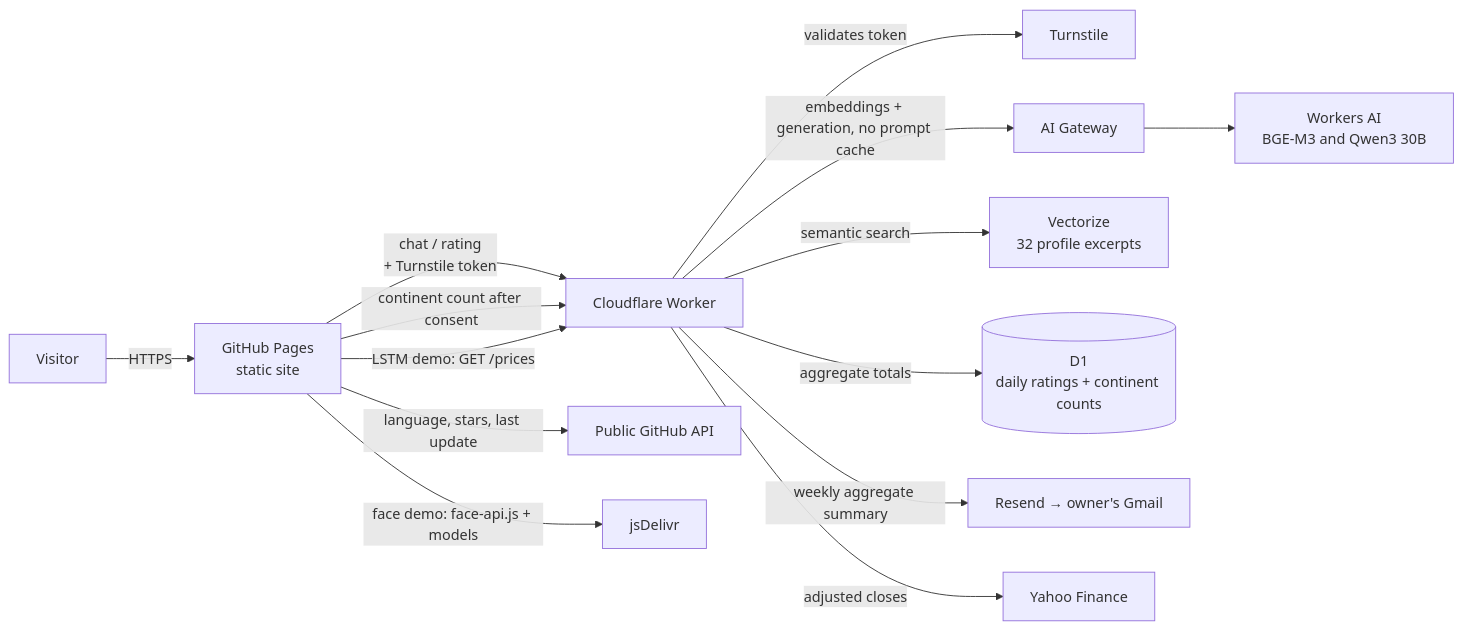
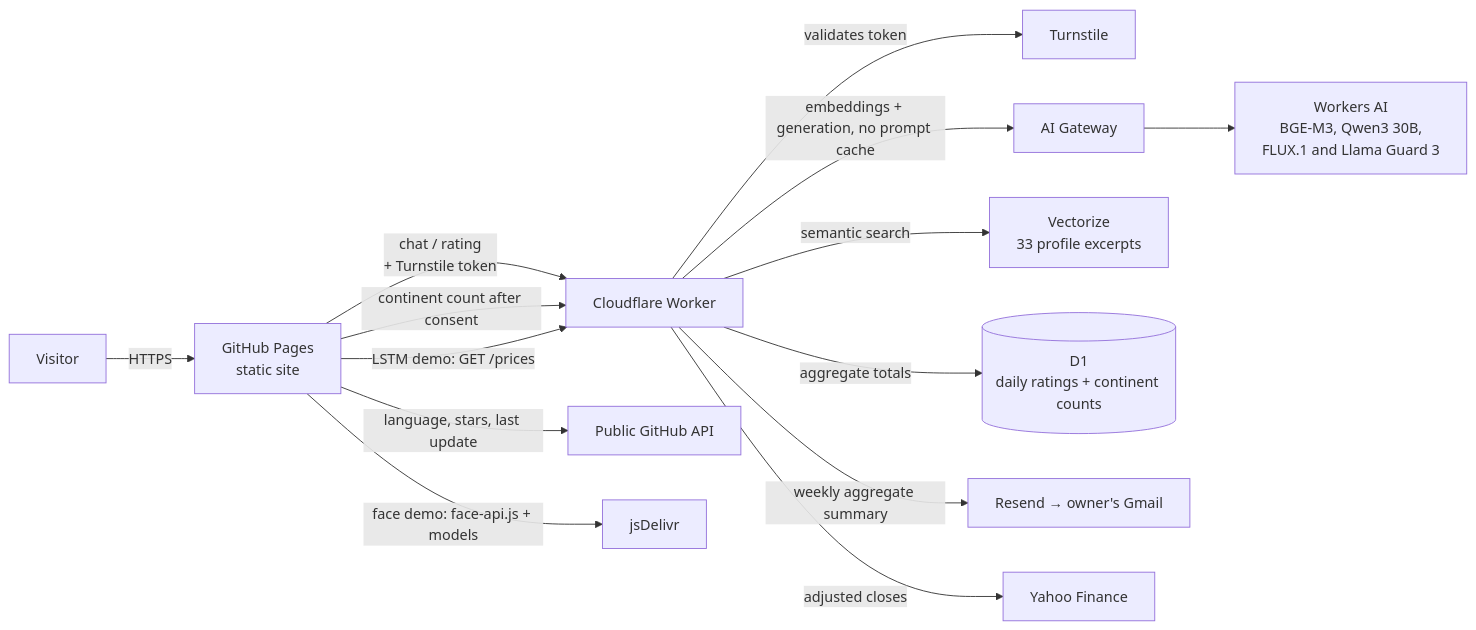
Before and after one commit to emanueleborges/emanueleborges.github.io: the diagram in README.md, drawn with Mermaid. The commit also changed other lines of this file and 28 other files, not shown here.

First line of the commit message:
Adiciona gerador de imagens, métricas no hero e nos cards e novo diagrama

````diff
--- a/README.md
+++ b/README.md
@@ -65,16 +66,16 @@
 ```mermaid
 flowchart LR
   V[Visitor] -->|HTTPS| GP[GitHub Pages<br/>static site]
   GP -->|chat / rating<br/>+ Turnstile token| W[Cloudflare Worker]
   W -->|validates token| TS[Turnstile]
   W -->|embeddings + generation, no prompt cache| GW[AI Gateway]
-  GW --> AI[Workers AI<br/>BGE-M3 and Qwen3 30B]
-  W -->|semantic search| VZ[Vectorize<br/>32 profile excerpts]
+  GW --> AI[Workers AI<br/>BGE-M3, Qwen3 30B,<br/>FLUX.1 and Llama Guard 3]
+  W -->|semantic search| VZ[Vectorize<br/>33 profile excerpts]
   W -->|aggregate totals| D1[(D1<br/>daily ratings + continent counts)]
   W -->|weekly aggregate summary| RS[Resend → owner's Gmail]
   GP -->|continent count after consent| W
   GP -->|language, stars, last update| GH[Public GitHub API]
   GP -->|LSTM demo: GET /prices| W
   W -->|adjusted closes| YF[Yahoo Finance]
   GP -->|face demo: face-api.js + models| CDN[jsDelivr]
 ```
````
